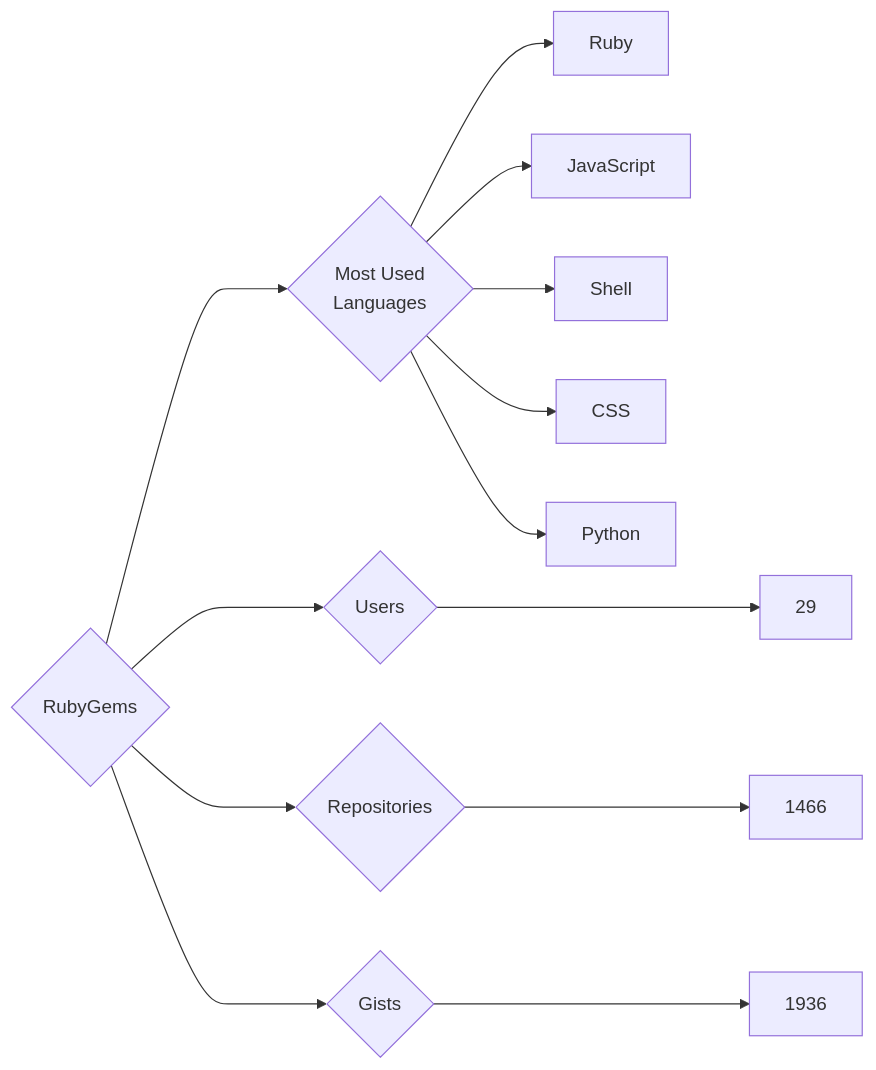
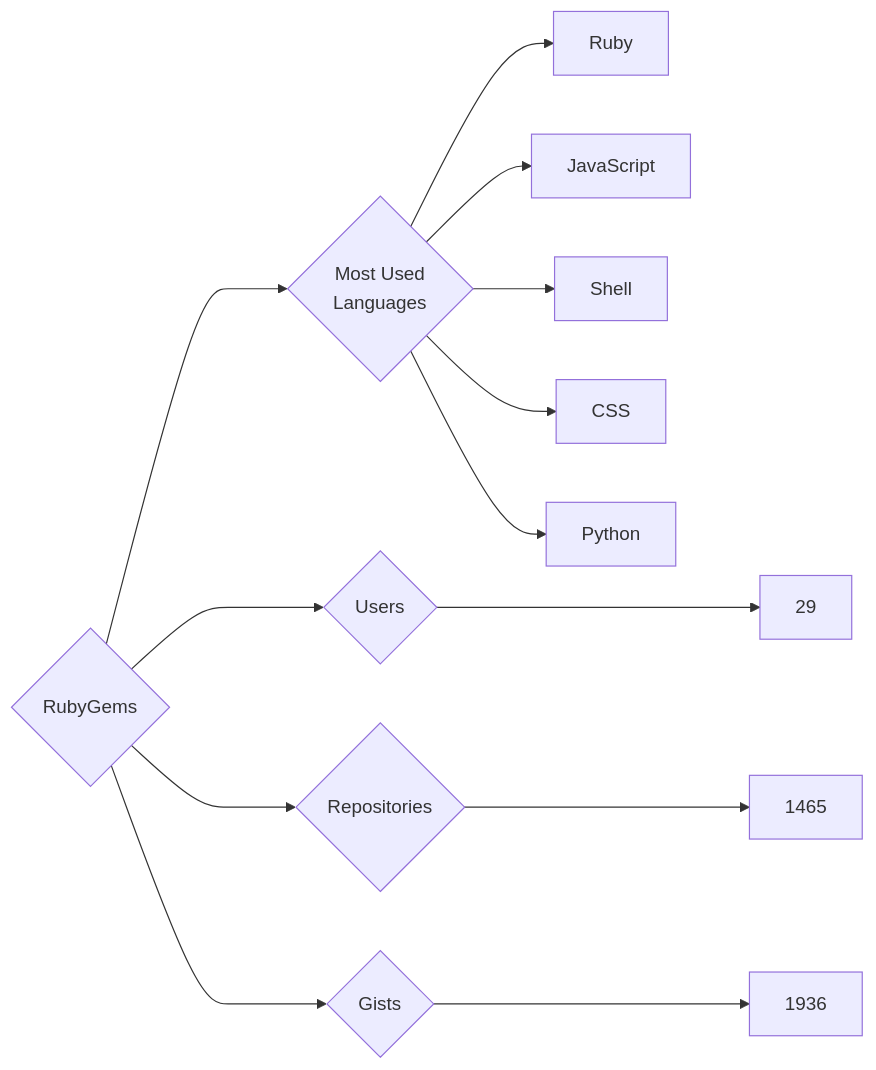
The diagram in targets/RubyGems/README.md (trickest/insiders), drawn with Mermaid before and after one commit. The commit also changed 728 other files, not shown here.

````diff
--- a/targets/RubyGems/README.md
+++ b/targets/RubyGems/README.md
@@ -3,13 +3,13 @@
 ```mermaid
 graph LR
 COMPANY_NAME{RubyGems}
 COMPANY_NAME ---> U{Users} ---> UN[29]
-COMPANY_NAME ---> R{Repositories} ---> RN[1466]
+COMPANY_NAME ---> R{Repositories} ---> RN[1465]
 COMPANY_NAME ---> G{Gists} ---> GN[1936]
 COMPANY_NAME ---> ML{Most Used<br>Languages}
 ML --> Ruby[Ruby]
 ML --> JavaScript[JavaScript]
 ML --> Shell[Shell]
 ML --> CSS[CSS]
 ML --> Python[Python]
 ```
````
